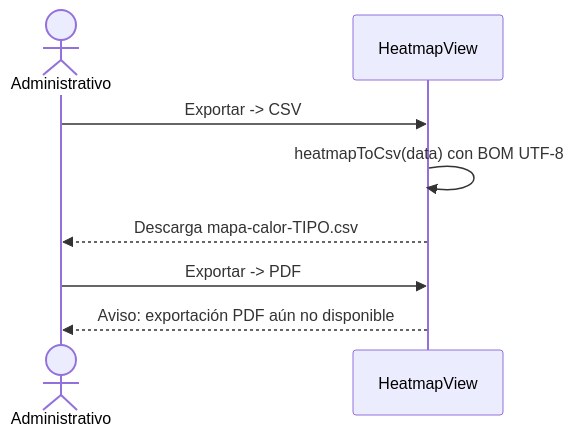
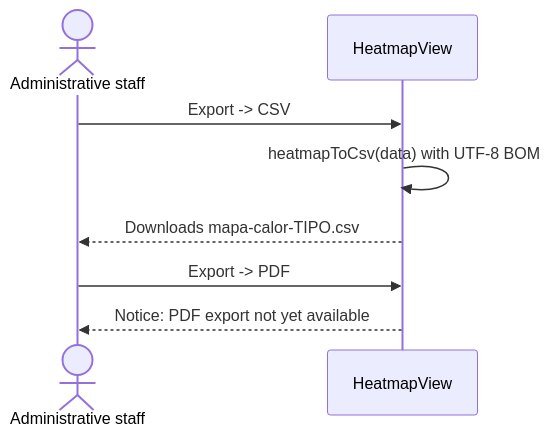
Before and after one commit to UMSSY/umssy-app: the third of 3 diagrams in docs/analytics/README.md, drawn with Mermaid. The commit also changed other lines of this file and 8 other files, not shown here.

````diff
--- a/docs/analytics/README.md
+++ b/docs/analytics/README.md
@@ -83,10 +83,10 @@
 ```mermaid
 sequenceDiagram
-  actor A as Administrativo
+  actor A as Administrative staff
   participant V as HeatmapView
-  A->>V: Exportar -> CSV
-  V->>V: heatmapToCsv(data) con BOM UTF-8
-  V-->>A: Descarga mapa-calor-TIPO.csv
-  A->>V: Exportar -> PDF
-  V-->>A: Aviso: exportación PDF aún no disponible
+  A->>V: Export -> CSV
+  V->>V: heatmapToCsv(data) with UTF-8 BOM
+  V-->>A: Downloads mapa-calor-TIPO.csv
+  A->>V: Export -> PDF
+  V-->>A: Notice: PDF export not yet available
 ```
````
